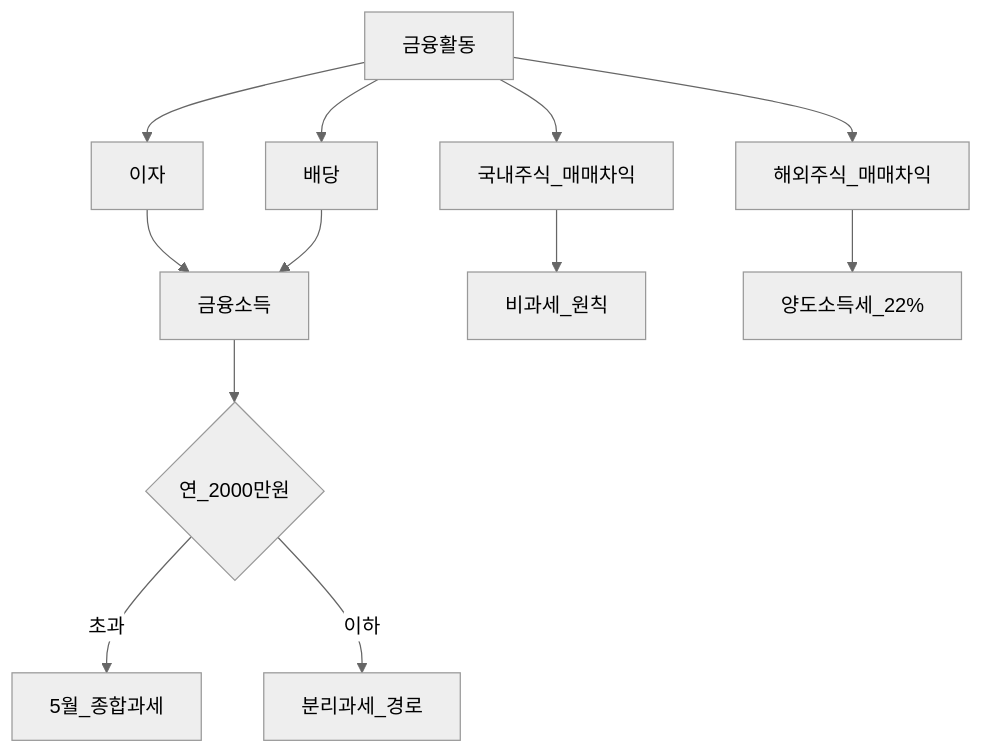
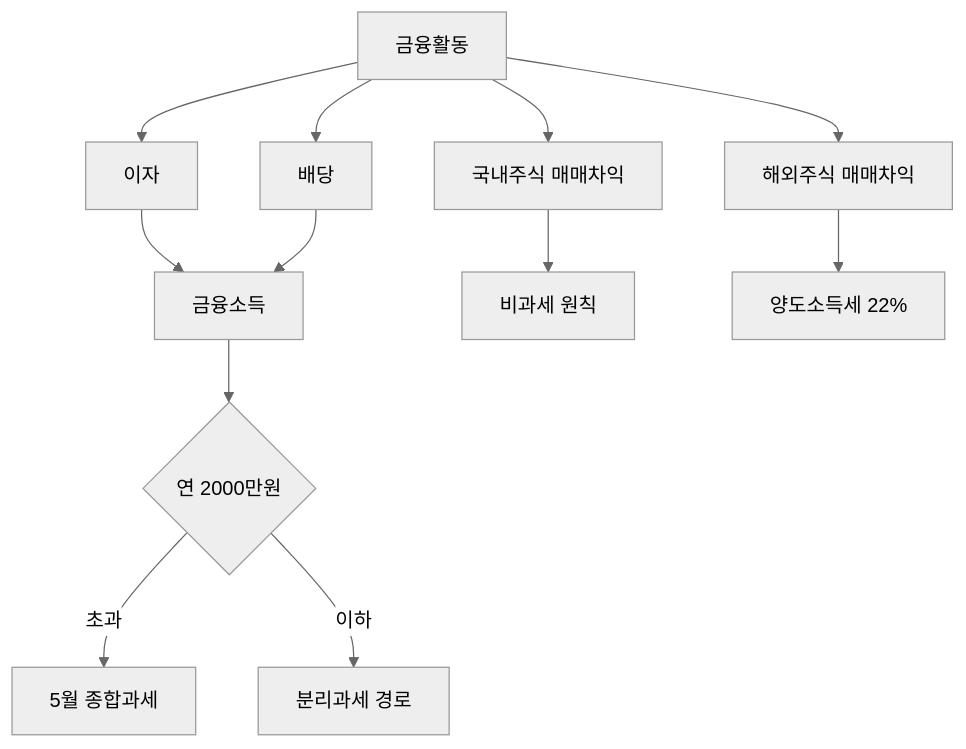
One commit to goldanghenry/Finances changed the first of 2 diagrams in 06-korea-policy/tax/investment-tax-overview.md. Above: the diagram before and after it, drawn with Mermaid (neutral theme). The commit also changed other lines of this file and 211 other files, not shown here.

````diff
--- a/06-korea-policy/tax/investment-tax-overview.md
+++ b/06-korea-policy/tax/investment-tax-overview.md
@@ -91,14 +104,14 @@
 ```mermaid
 flowchart TD
   F[금융활동] --> I[이자]
   F --> D[배당]
-  F --> K[국내주식_매매차익]
-  F --> O[해외주식_매매차익]
+  F --> K["국내주식 매매차익"]
+  F --> O["해외주식 매매차익"]
   I --> Fin[금융소득]
   D --> Fin
-  K --> Exempt[비과세_원칙]
-  O --> CGT[양도소득세_22%]
-  Fin --> Limit{연_2000만원}
-  Limit -->|초과| May[5월_종합과세]
-  Limit -->|이하| Sep[분리과세_경로]
+  K --> Exempt["비과세 원칙"]
+  O --> CGT["양도소득세 22%"]
+  Fin --> Limit{"연 2000만원"}
+  Limit -->|초과| May["5월 종합과세"]
+  Limit -->|이하| Sep["분리과세 경로"]
 ```
````
